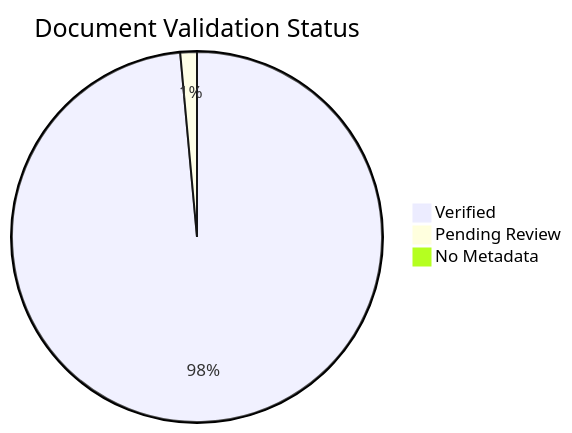
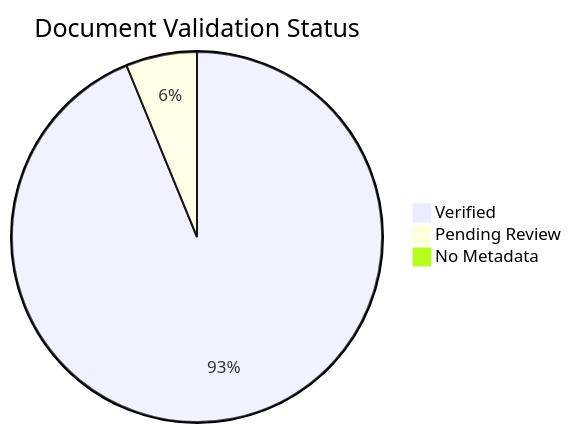
One commit to yeongseon/azure-container-apps-practical-guide changed the diagram in docs/reference/content-validation-status.md. Above: the diagram before and after it, drawn with Mermaid. The commit also changed other lines of this file and 16 other files, not shown here.

````diff
--- a/docs/reference/content-validation-status.md
+++ b/docs/reference/content-validation-status.md
@@ -35,6 +35,6 @@
 ```mermaid
 pie title Document Validation Status
     "Verified" : 136
-    "Pending Review" : 2
+    "Pending Review" : 9
     "No Metadata" : 1
 ```
````
